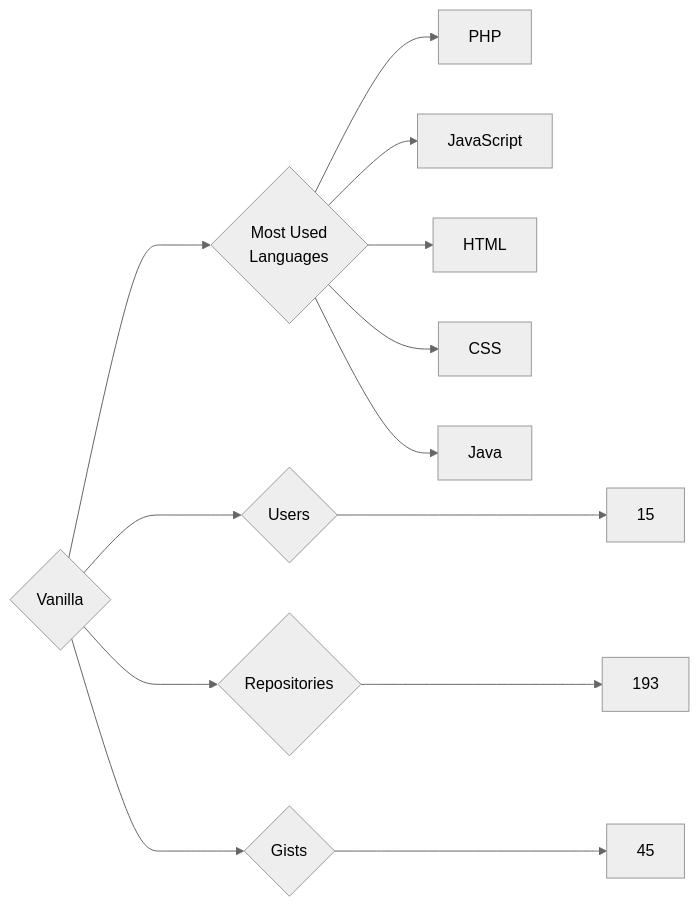
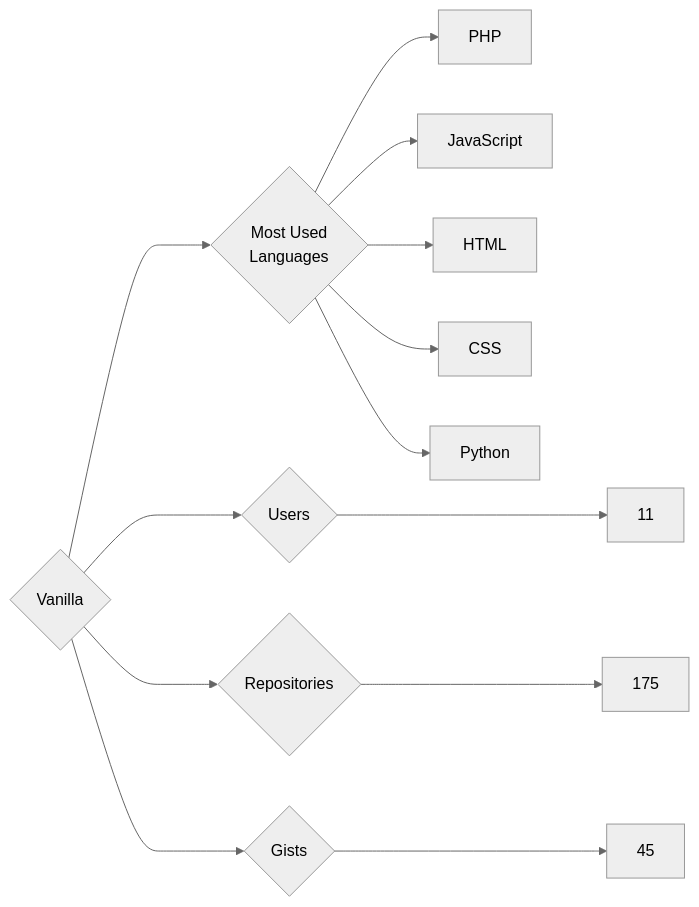
The diagram in targets/Vanilla/README.md (trickest/insiders), drawn with Mermaid (neutral theme) before and after one commit. The commit also changed 920 other files, not shown here.

````diff
--- a/targets/Vanilla/README.md
+++ b/targets/Vanilla/README.md
@@ -3,13 +3,13 @@
 ```mermaid
 graph LR
 COMPANY_NAME{Vanilla}
-COMPANY_NAME ---> U{Users} ---> UN[15]
-COMPANY_NAME ---> R{Repositories} ---> RN[193]
+COMPANY_NAME ---> U{Users} ---> UN[11]
+COMPANY_NAME ---> R{Repositories} ---> RN[175]
 COMPANY_NAME ---> G{Gists} ---> GN[45]
 COMPANY_NAME ---> ML{Most Used<br>Languages}
 ML --> PHP[PHP]
 ML --> JavaScript[JavaScript]
 ML --> HTML[HTML]
 ML --> CSS[CSS]
-ML --> Java[Java]
+ML --> Python[Python]
 ```
````
